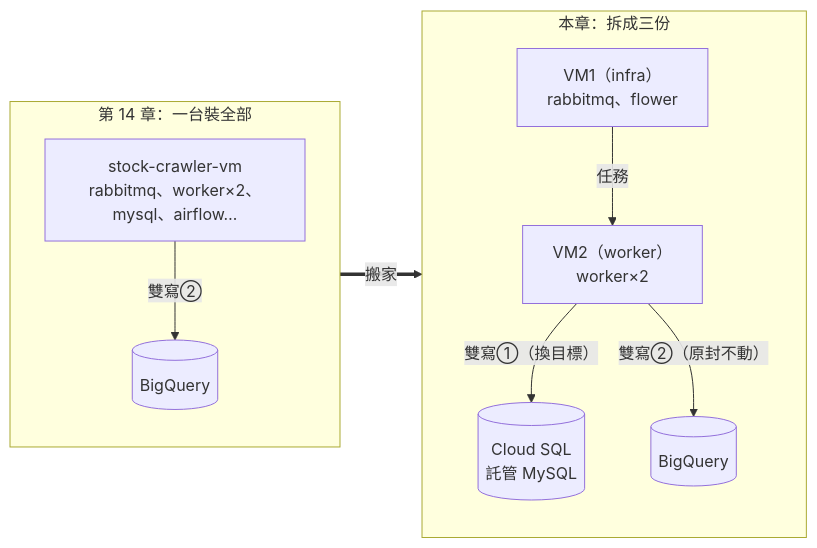
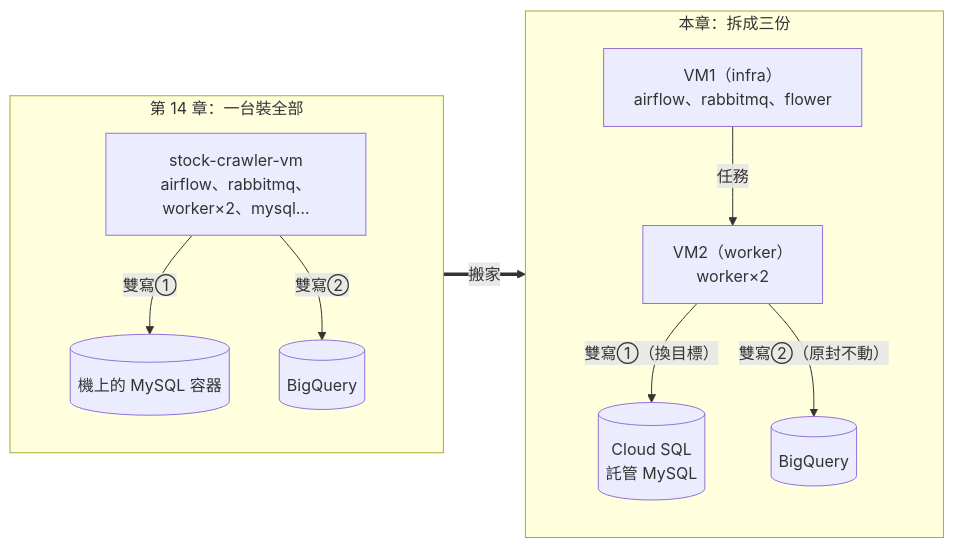
The diagram in 課程手冊/課程手冊16 - 系統搬家_多台VM與Cloud SQL.md (lu791019/stock-crawler-de-course-materials), drawn with Mermaid before and after one commit. The commit also changed other lines of this file and 3 other files, not shown here.

````diff
--- a/課程手冊/課程手冊16 - 系統搬家_多台VM與Cloud SQL.md
+++ b/課程手冊/課程手冊16 - 系統搬家_多台VM與Cloud SQL.md
@@ -50,12 +50,13 @@
 ```mermaid
 flowchart LR
     subgraph BEFORE["第 14 章：一台裝全部"]
-        ALL["stock-crawler-vm<br/>rabbitmq、worker×2、mysql、airflow…"] -->|雙寫②| BQ0[("BigQuery")]
+        ALL["stock-crawler-vm<br/>airflow、rabbitmq、worker×2、mysql…"] -->|"雙寫①"| M0[("機上的 MySQL 容器")]
+        ALL -->|"雙寫②"| BQ0[("BigQuery")]
     end
     subgraph AFTER["本章：拆成三份"]
-        VM1["VM1（infra）<br/>rabbitmq、flower"] -->|任務| VM2["VM2（worker）<br/>worker×2"]
+        VM1["VM1（infra）<br/>airflow、rabbitmq、flower"] -->|任務| VM2["VM2（worker）<br/>worker×2"]
         VM2 -->|"雙寫①（換目標）"| SQL[("Cloud SQL<br/>託管 MySQL")]
         VM2 -->|"雙寫②（原封不動）"| BQ[("BigQuery")]
     end
     BEFORE ==>|搬家| AFTER
 ```
````
